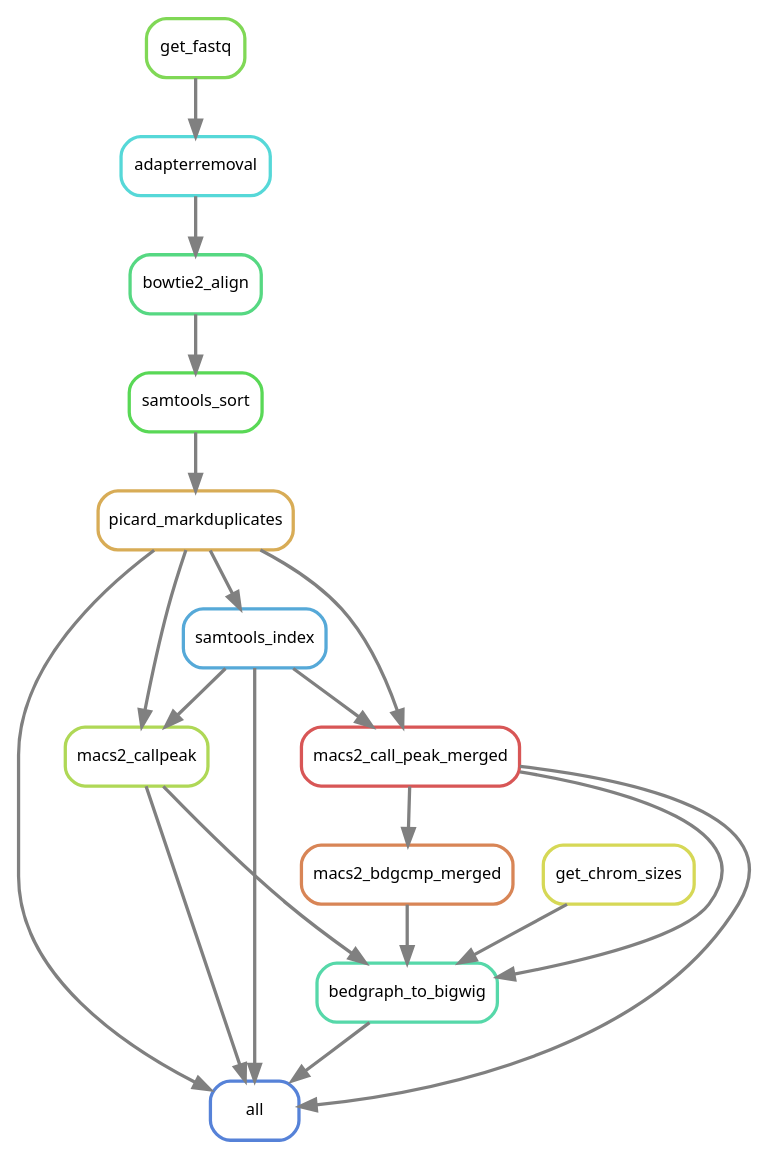
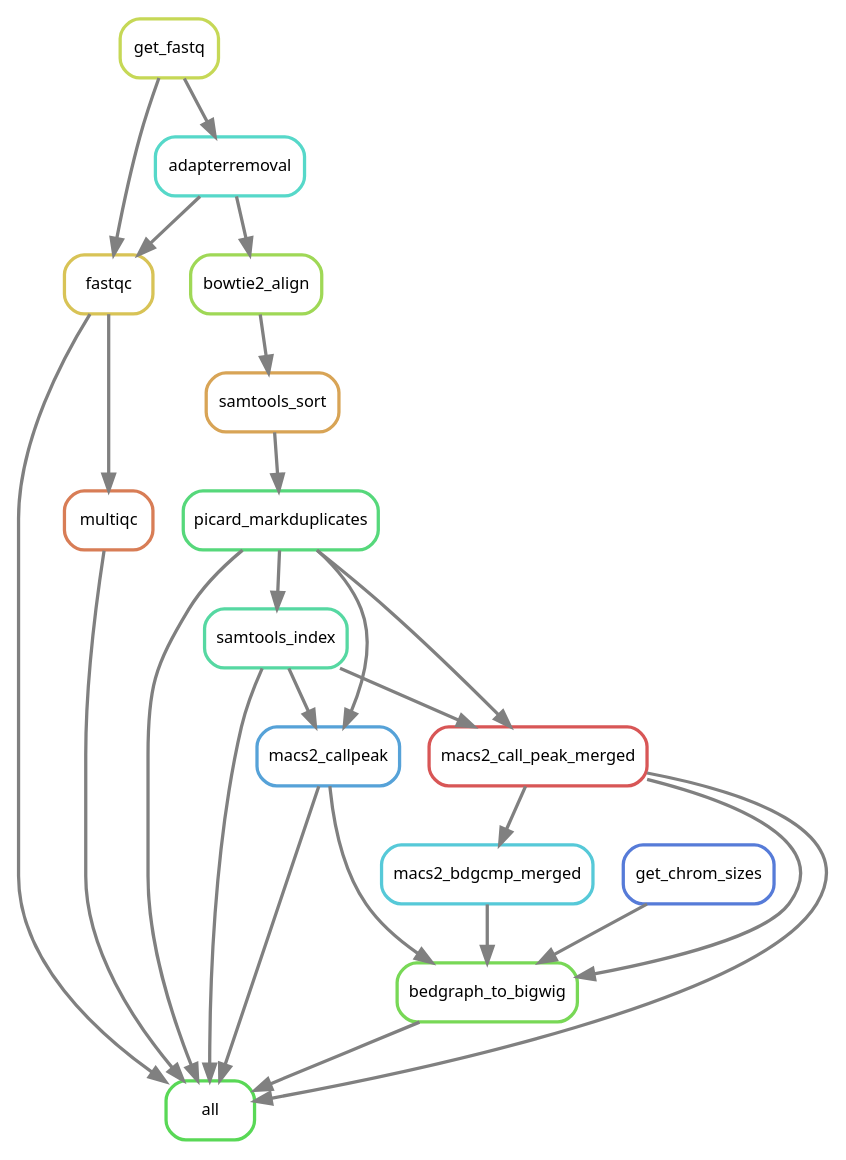
Before and after one commit to smped/PRJNA509779: the diagram in workflow/rules/rulegraph.dot, drawn with Graphviz. The commit also changed 22 other files, not shown here.

Commit message:
Success up to macs2 callpeak

```diff
--- a/workflow/rules/rulegraph.dot
+++ b/workflow/rules/rulegraph.dot
@@ -1,36 +1,43 @@
 digraph snakemake_dag {
     graph[bgcolor=white, margin=0];
     node[shape=box, style=rounded, fontname=sans,                 fontsize=10, penwidth=2];
     edge[penwidth=2, color=grey];
-	0[label = "all", color = "0.61 0.6 0.85", style="rounded"];
-	1[label = "picard_markduplicates", color = "0.11 0.6 0.85", style="rounded"];
-	2[label = "samtools_sort", color = "0.33 0.6 0.85", style="rounded"];
-	3[label = "bowtie2_align", color = "0.39 0.6 0.85", style="rounded"];
-	4[label = "adapterremoval", color = "0.50 0.6 0.85", style="rounded"];
-	5[label = "get_fastq", color = "0.28 0.6 0.85", style="rounded"];
-	6[label = "samtools_index", color = "0.56 0.6 0.85", style="rounded"];
-	7[label = "macs2_callpeak", color = "0.22 0.6 0.85", style="rounded"];
-	8[label = "macs2_call_peak_merged", color = "0.00 0.6 0.85", style="rounded"];
-	9[label = "bedgraph_to_bigwig", color = "0.44 0.6 0.85", style="rounded"];
-	10[label = "get_chrom_sizes", color = "0.17 0.6 0.85", style="rounded"];
-	11[label = "macs2_bdgcmp_merged", color = "0.06 0.6 0.85", style="rounded"];
+	0[label = "all", color = "0.33 0.6 0.85", style="rounded"];
+	1[label = "fastqc", color = "0.14 0.6 0.85", style="rounded"];
+	2[label = "get_fastq", color = "0.19 0.6 0.85", style="rounded"];
+	3[label = "adapterremoval", color = "0.48 0.6 0.85", style="rounded"];
+	4[label = "multiqc", color = "0.05 0.6 0.85", style="rounded"];
+	5[label = "picard_markduplicates", color = "0.38 0.6 0.85", style="rounded"];
+	6[label = "samtools_sort", color = "0.10 0.6 0.85", style="rounded"];
+	7[label = "bowtie2_align", color = "0.24 0.6 0.85", style="rounded"];
+	8[label = "samtools_index", color = "0.43 0.6 0.85", style="rounded"];
+	9[label = "macs2_callpeak", color = "0.57 0.6 0.85", style="rounded"];
+	10[label = "macs2_call_peak_merged", color = "0.00 0.6 0.85", style="rounded"];
+	11[label = "bedgraph_to_bigwig", color = "0.29 0.6 0.85", style="rounded"];
+	12[label = "get_chrom_sizes", color = "0.62 0.6 0.85", style="rounded"];
+	13[label = "macs2_bdgcmp_merged", color = "0.52 0.6 0.85", style="rounded"];
+	4 -> 0
+	1 -> 0
+	11 -> 0
+	5 -> 0
 	8 -> 0
-	1 -> 0
-	7 -> 0
 	9 -> 0
-	6 -> 0
+	10 -> 0
 	2 -> 1
-	3 -> 2
-	4 -> 3
-	5 -> 4
-	1 -> 6
-	6 -> 7
-	1 -> 7
-	6 -> 8
-	1 -> 8
-	10 -> 9
-	7 -> 9
+	3 -> 1
+	2 -> 3
+	1 -> 4
+	6 -> 5
+	7 -> 6
+	3 -> 7
+	5 -> 8
 	8 -> 9
-	11 -> 9
-	8 -> 11
+	5 -> 9
+	8 -> 10
+	5 -> 10
+	10 -> 11
+	13 -> 11
+	9 -> 11
+	12 -> 11
+	10 -> 13
 }            
```
